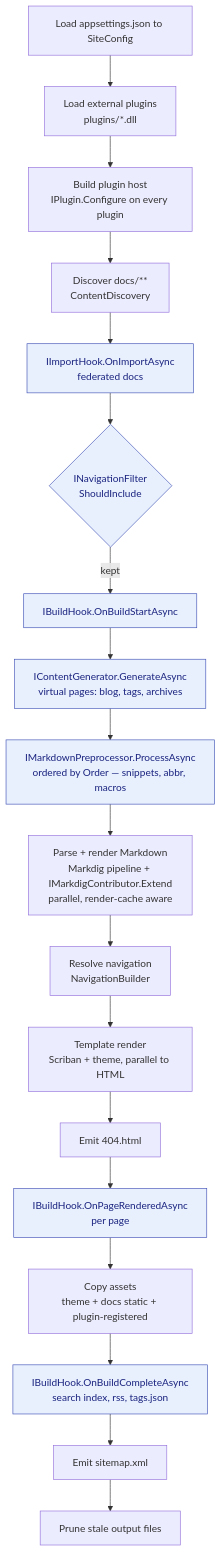
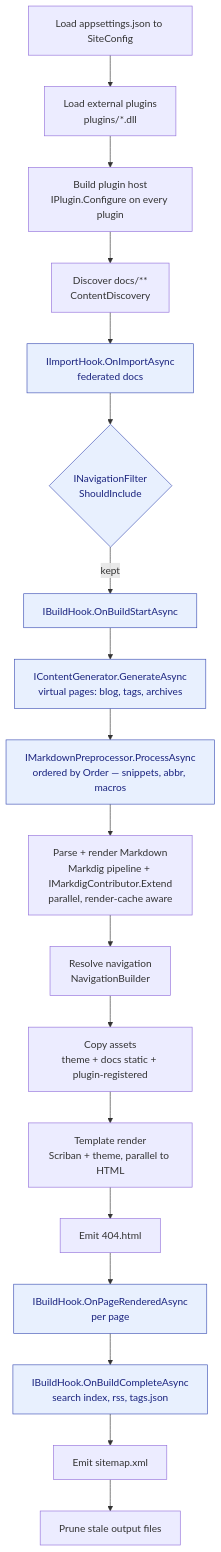
One commit to XtremeOwnage/Netdocs changed the first of 2 diagrams in docs-site/docs/development/lifecycle.md. Above: the diagram before and after it, drawn with Mermaid. The commit also changed other lines of this file and 9 other files, not shown here.

````diff
--- a/docs-site/docs/development/lifecycle.md
+++ b/docs-site/docs/development/lifecycle.md
@@ -13,23 +13,23 @@
 ```mermaid
 flowchart TD
     A[Load appsettings.json to SiteConfig] --> B[Load external plugins<br/>plugins/*.dll]
     B --> C[Build plugin host<br/>IPlugin.Configure on every plugin]
     C --> D[Discover docs/**<br/>ContentDiscovery]
     D --> E[IImportHook.OnImportAsync<br/>federated docs]
     E --> F{INavigationFilter<br/>ShouldInclude}
     F -->|kept| G[IBuildHook.OnBuildStartAsync]
     G --> H[IContentGenerator.GenerateAsync<br/>virtual pages: blog, tags, archives]
     H --> I[IMarkdownPreprocessor.ProcessAsync<br/>ordered by Order — snippets, abbr, macros]
     I --> J[Parse + render Markdown<br/>Markdig pipeline + IMarkdigContributor.Extend<br/>parallel, render-cache aware]
     J --> K[Resolve navigation<br/>NavigationBuilder]
-    K --> L[Template render<br/>Scriban + theme, parallel to HTML]
-    L --> M[Emit 404.html]
-    M --> N[IBuildHook.OnPageRenderedAsync<br/>per page]
-    N --> O[Copy assets<br/>theme + docs static + plugin-registered]
+    K --> L[Copy assets<br/>theme + docs static + plugin-registered]
+    L --> M[Template render<br/>Scriban + theme, parallel to HTML]
+    M --> N[Emit 404.html]
+    N --> O[IBuildHook.OnPageRenderedAsync<br/>per page]
     O --> P[IBuildHook.OnBuildCompleteAsync<br/>search index, rss, tags.json]
     P --> Q[Emit sitemap.xml]
     Q --> R[Prune stale output files]
 
     classDef hook fill:#e8f0fe,stroke:#3f51b5,color:#1a237e;
-    class E,F,G,H,I,N,P hook;
+    class E,F,G,H,I,O,P hook;
 ```
````
